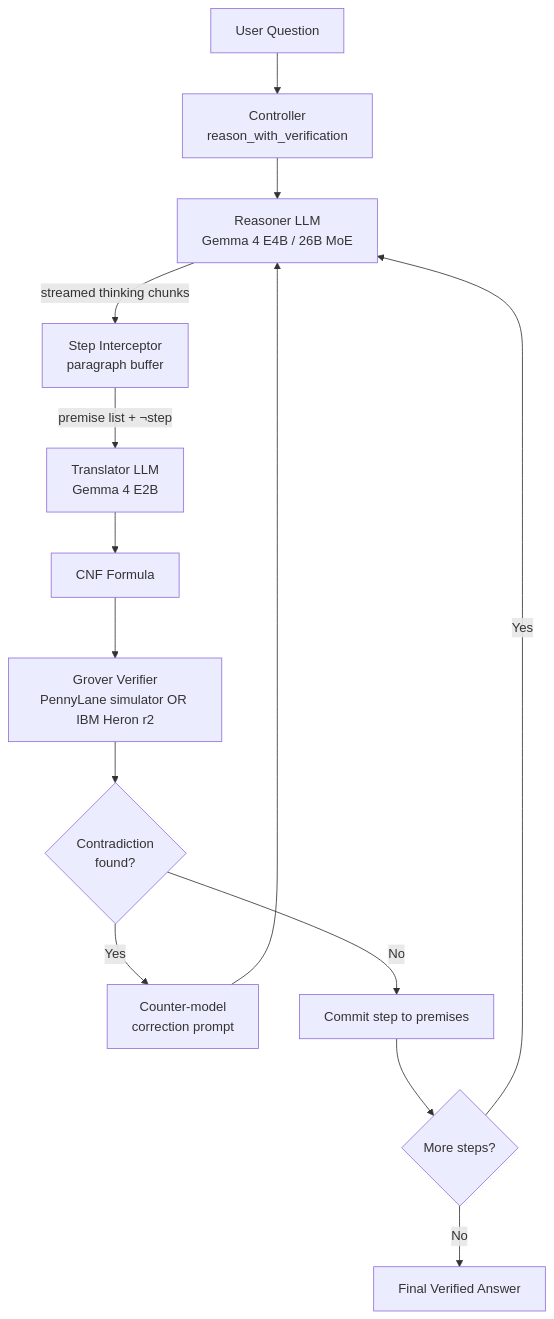
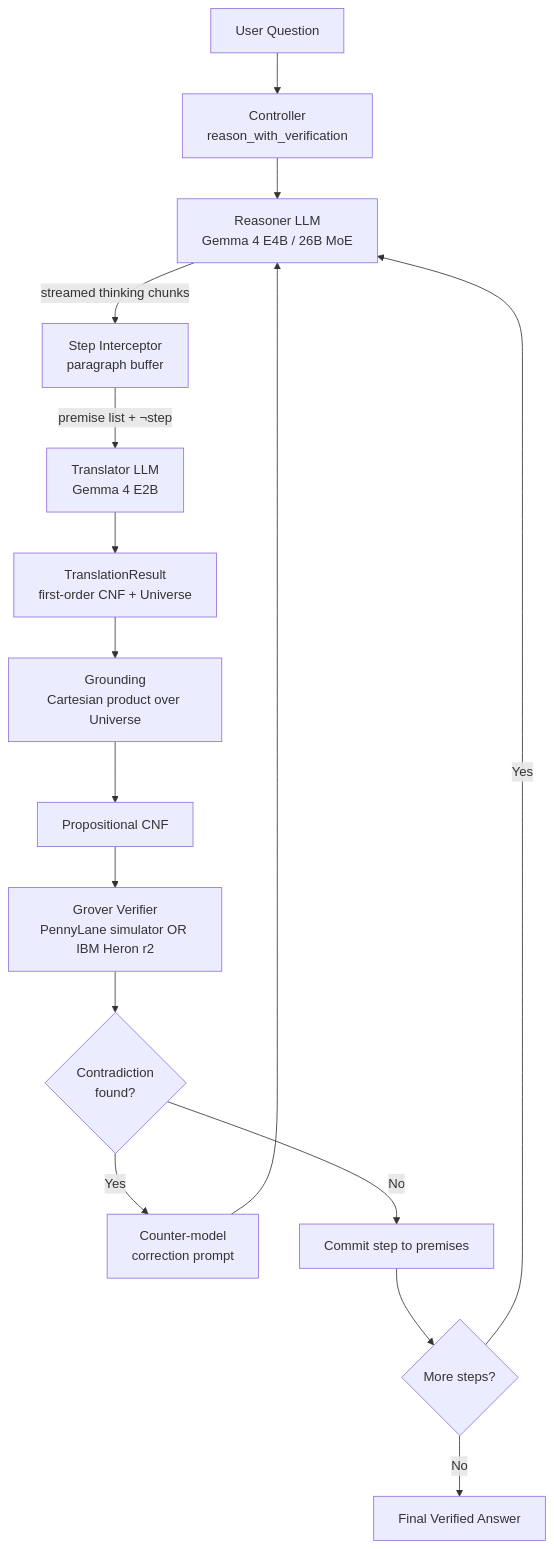
Before and after one commit to Quantum-Labor/qverify: the diagram in docs/architecture.md, drawn with Mermaid. The commit also changed other lines of this file and 6 other files, not shown here.

Commit message:
feat(controller): merge universes and ground first-order CNF before verify

````diff
--- a/docs/architecture.md
+++ b/docs/architecture.md
@@ -7,16 +7,18 @@
 ```mermaid
 flowchart TD
     A[User Question] --> CTRL[Controller<br/>reason_with_verification]
     CTRL --> B[Reasoner LLM<br/>Gemma 4 E4B / 26B MoE]
     B -- streamed thinking chunks --> C[Step Interceptor<br/>paragraph buffer]
     C -- premise list + ¬step --> D[Translator LLM<br/>Gemma 4 E2B]
-    D --> E[CNF Formula]
-    E --> F[Grover Verifier<br/>PennyLane simulator OR IBM Heron r2]
+    D --> E[TranslationResult<br/>first-order CNF + Universe]
+    E --> GR[Grounding<br/>Cartesian product over Universe]
+    GR --> EP[Propositional CNF]
+    EP --> F[Grover Verifier<br/>PennyLane simulator OR IBM Heron r2]
     F --> G{Contradiction<br/>found?}
     G -- Yes --> H[Counter-model<br/>correction prompt]
     H --> B
     G -- No --> COMMIT[Commit step to premises]
     COMMIT --> I{More steps?}
     I -- Yes --> B
     I -- No --> J[Final Verified Answer]
 ```
````
